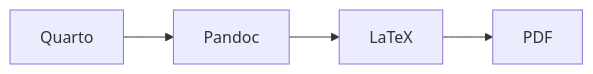
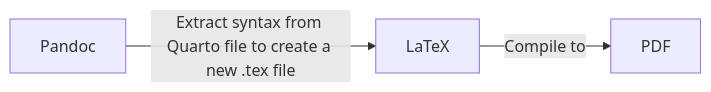
Before and after one commit to JozefRivest/quarto-pset-template: the diagram in README.md, drawn with Mermaid. The commit also changed other lines of this file, not shown here.

````diff
--- a/README.md
+++ b/README.md
@@ -11,6 +17,5 @@
 ```mermaid
 flowchart LR;
-Quarto-->Pandoc;
-Pandoc-->LaTeX;
-LaTeX-->PDF;
+Pandoc-- Extract syntax from Quarto file to create a new .tex file --> LaTeX;
+LaTeX -- Compile to --> PDF;
 ```
````
